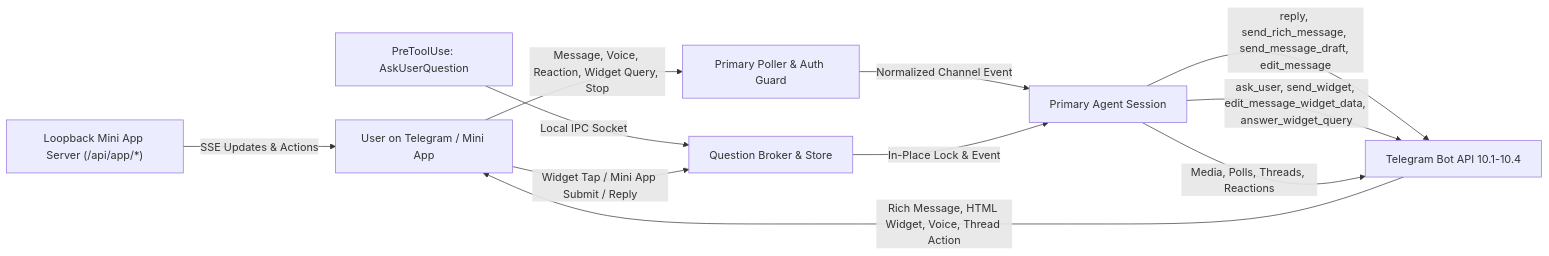
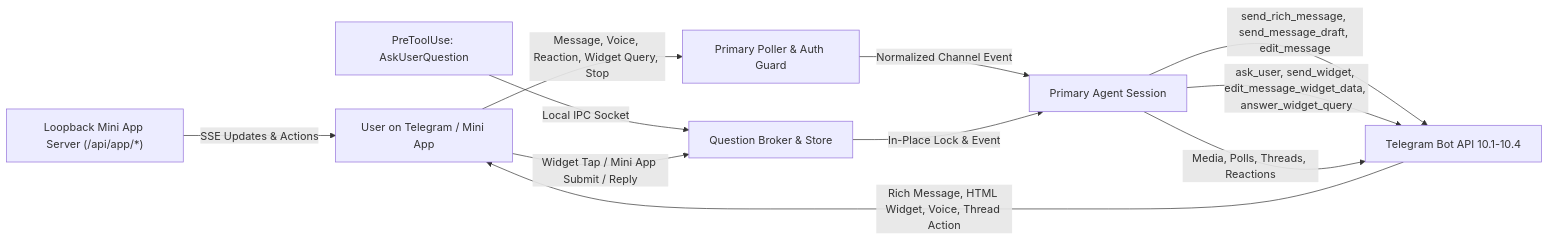
Before and after one commit to nicsuzor/academicOps: the diagram in cowork/ida-telegram/README.md, drawn with Mermaid. The commit also changed other lines of this file and 190 other files, not shown here.

````diff
--- a/cowork/ida-telegram/README.md
+++ b/cowork/ida-telegram/README.md
@@ -7,13 +7,13 @@
 ```mermaid
 flowchart LR
     User["User on Telegram / Mini App"] -->|"Message, Voice, Reaction, Widget Query, Stop"| Poller["Primary Poller & Auth Guard"]
     Poller -->|"Normalized Channel Event"| Agent["Primary Agent Session"]
     Hook["PreToolUse: AskUserQuestion"] -->|"Local IPC Socket"| Broker["Question Broker & Store"]
-    Agent -->|"reply, send_rich_message, send_message_draft, edit_message"| Out["Telegram Bot API 10.1-10.4"]
+    Agent -->|"send_rich_message, send_message_draft, edit_message"| Out["Telegram Bot API 10.1-10.4"]
     Agent -->|"ask_user, send_widget, edit_message_widget_data, answer_widget_query"| Out
     Agent -->|"Media, Polls, Threads, Reactions"| Out
     Out -->|"Rich Message, HTML Widget, Voice, Thread Action"| User
     User -->|"Widget Tap / Mini App Submit / Reply"| Broker
     Broker -->|"In-Place Lock & Event"| Agent
     MiniApp["Loopback Mini App Server (/api/app/*)"] -->|"SSE Updates & Actions"| User
 ```
````
